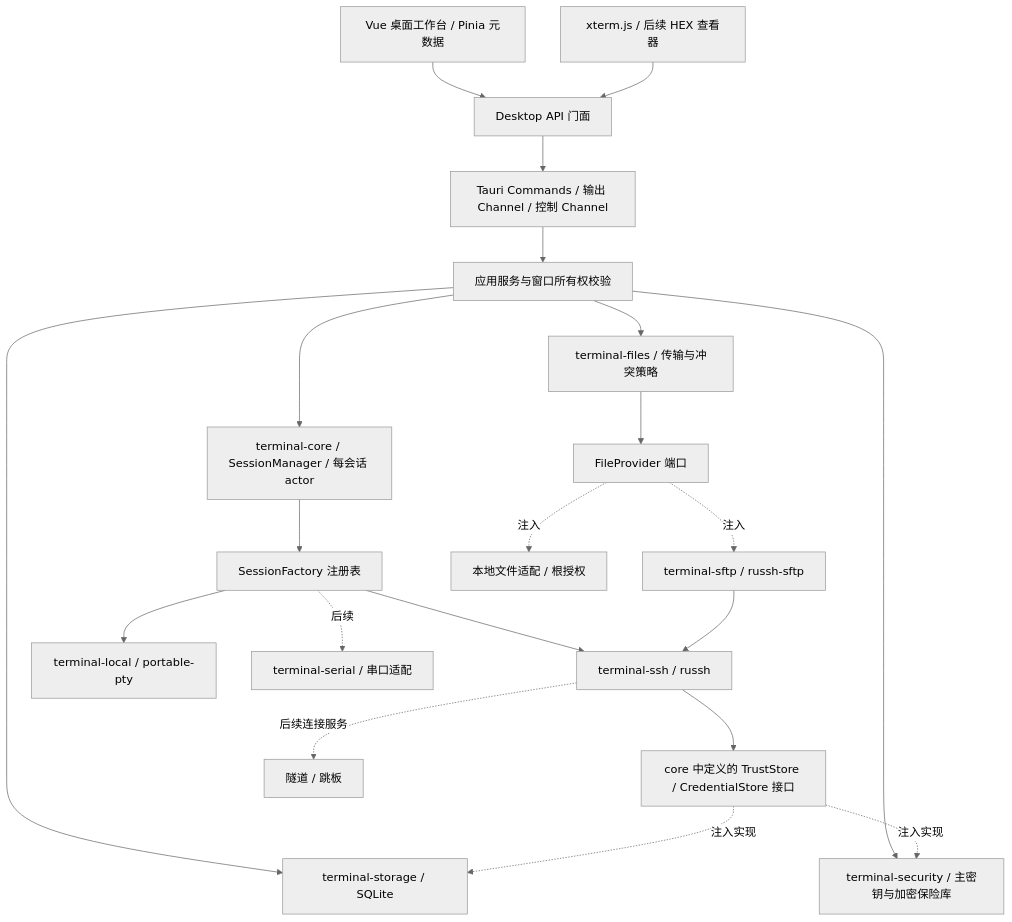
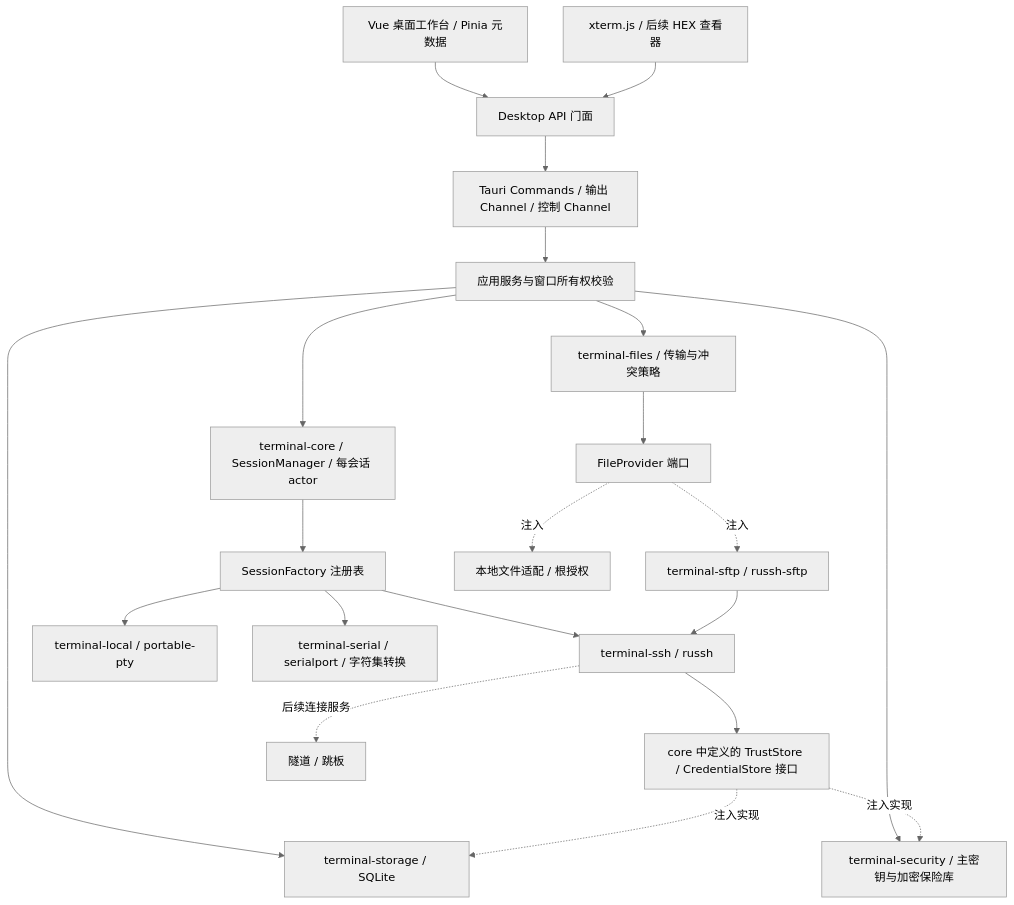
The diagram in docs/03-architecture.md (h3110w0r1d-y/termeta), drawn with Mermaid (neutral theme) before and after one commit. The commit also changed other lines of this file and 42 other files, not shown here.

````diff
--- a/docs/03-architecture.md
+++ b/docs/03-architecture.md
@@ -7,23 +7,23 @@
 ```mermaid
 flowchart TB
   UI[Vue 桌面工作台 / Pinia 元数据] --> Bridge[Desktop API 门面]
   Terminal[xterm.js / 后续 HEX 查看器] --> Bridge
   Bridge --> IPC[Tauri Commands / 输出 Channel / 控制 Channel]
   IPC --> App[应用服务与窗口所有权校验]
   App --> Core[terminal-core / SessionManager / 每会话 actor]
   Core --> Factory[SessionFactory 注册表]
   Factory --> SSH[terminal-ssh / russh]
   Factory --> Local[terminal-local / portable-pty]
-  Factory -. 后续 .-> Serial[terminal-serial / 串口适配]
+  Factory --> Serial[terminal-serial / serialport / 字符集转换]
   App --> Store[terminal-storage / SQLite]
   App --> Security[terminal-security / 主密钥与加密保险库]
   SSH --> Ports[core 中定义的 TrustStore / CredentialStore 接口]
   Ports -. 注入实现 .-> Store
   Ports -. 注入实现 .-> Security
   App --> Files[terminal-files / 传输与冲突策略]
   Files --> Providers[FileProvider 端口]
   Providers -. 注入 .-> Sftp[terminal-sftp / russh-sftp]
   Providers -. 注入 .-> LocalFiles[本地文件适配 / 根授权]
   Sftp --> SSH
   SSH -. 后续连接服务 .-> Extra[隧道 / 跳板]
 ```
````
